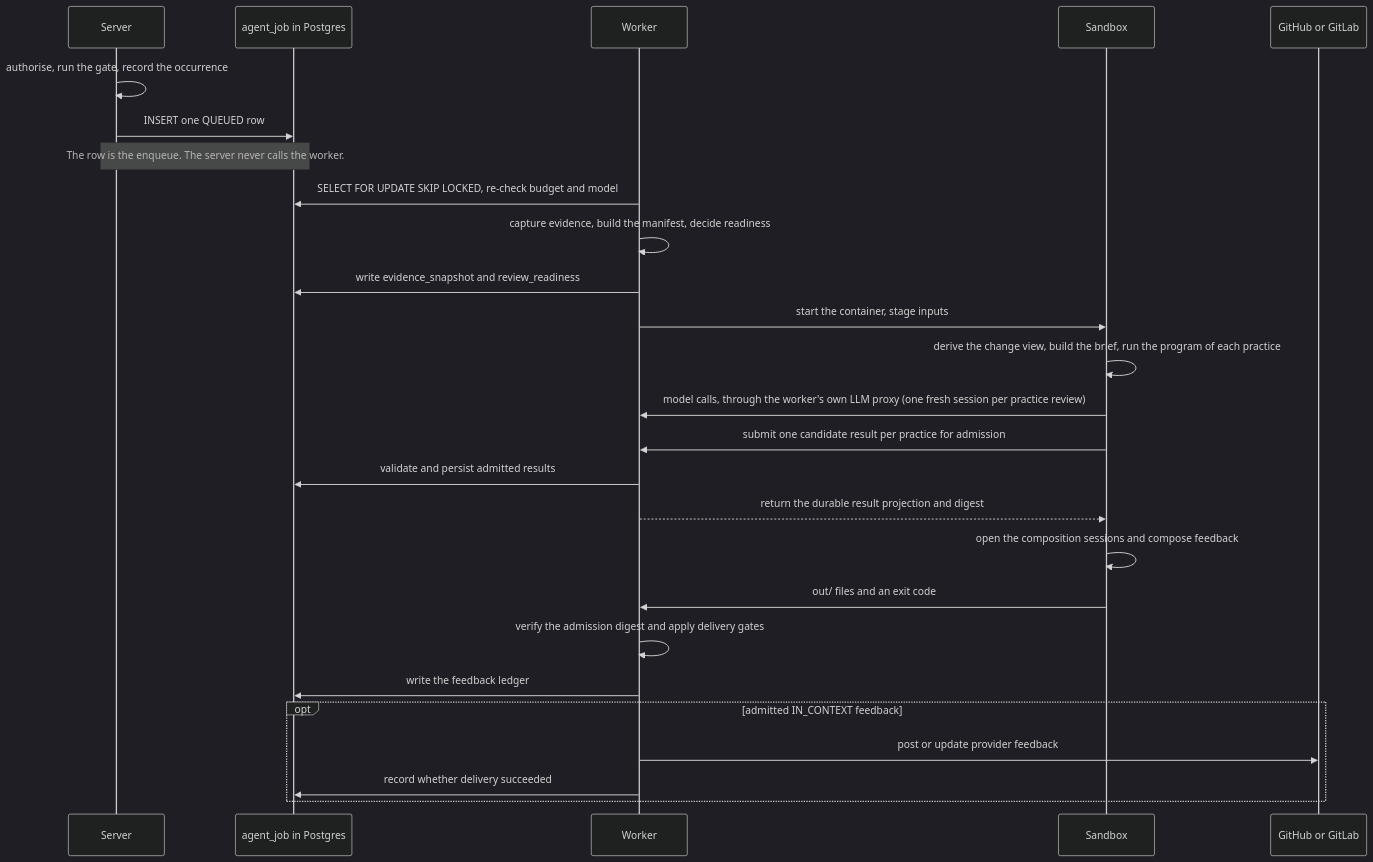
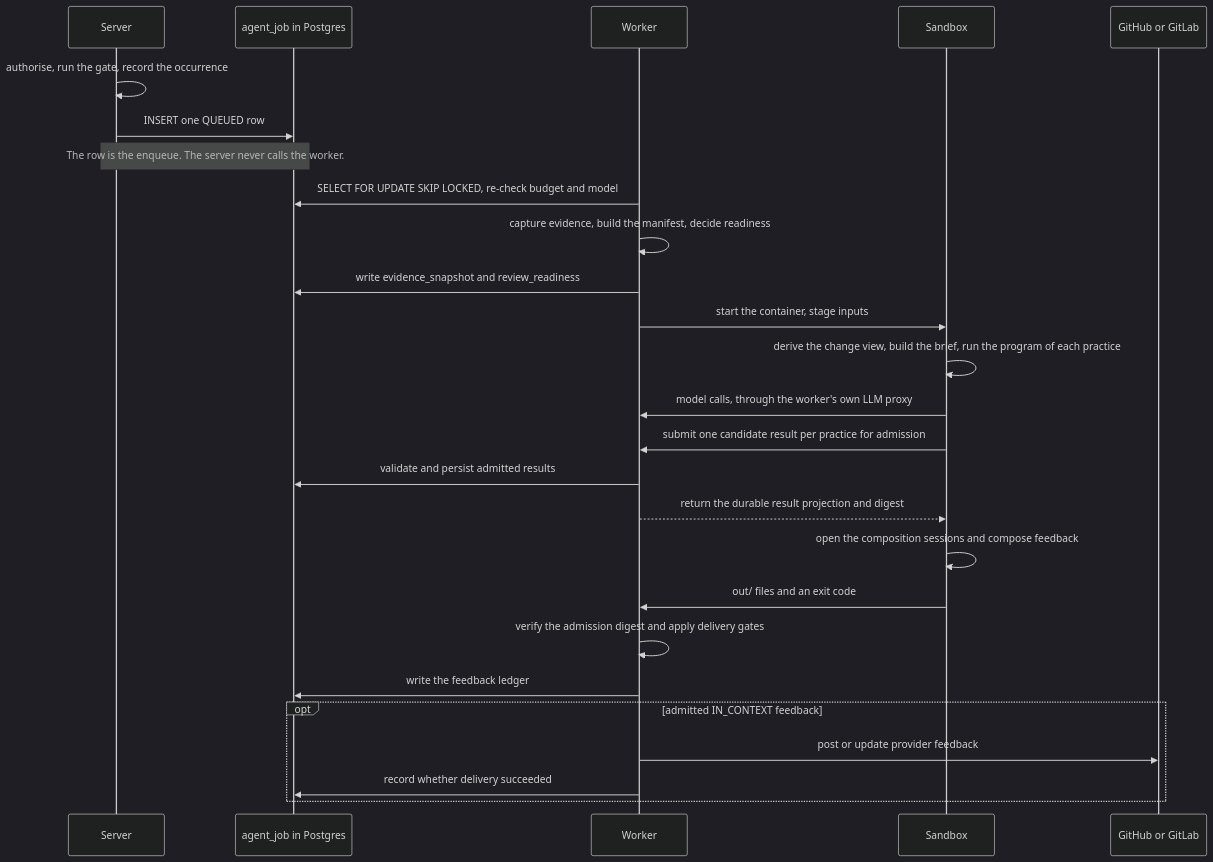
Before and after one commit to ls1intum/Hephaestus: the diagram in docs/contributor/practice-review-runtime.mdx, drawn with Mermaid (dark theme). The commit also changed other lines of this file and 17 other files, not shown here.

````diff
--- a/docs/contributor/practice-review-runtime.mdx
+++ b/docs/contributor/practice-review-runtime.mdx
@@ -15,30 +15,30 @@
 ```mermaid
 sequenceDiagram
     accTitle: Practice review execution across server, worker, sandbox, and provider
-    accDescr: The server queues a job, the worker captures evidence, Java admits sandbox observations, the same model session composes feedback, and eligible public feedback reaches the provider.
+    accDescr: The server queues a job, the worker captures evidence, Java admits results, separate sessions compose feedback, and eligible public feedback reaches the provider.
     participant S as Server
     participant DB as agent_job in Postgres
     participant W as Worker
     participant SB as Sandbox
     participant SCM as GitHub or GitLab
     S->>S: authorise, run the gate, record the occurrence
     S->>DB: INSERT one QUEUED row
     Note over S,DB: The row is the enqueue. The server never calls the worker.
     W->>DB: SELECT FOR UPDATE SKIP LOCKED, re-check budget and model
     W->>W: capture evidence, build the manifest, decide readiness
     W->>DB: write evidence_snapshot and review_readiness
     W->>SB: start the container, stage inputs
     SB->>SB: derive the change view, build the brief, run the program of each practice
-    SB->>W: model calls, through the worker's own LLM proxy (one fresh session per practice review)
+    SB->>W: model calls, through the worker's own LLM proxy
     SB->>W: submit one candidate result per practice for admission
     W->>DB: validate and persist admitted results
     W-->>SB: return the durable result projection and digest
     SB->>SB: open the composition sessions and compose feedback
     SB->>W: out/ files and an exit code
     W->>W: verify the admission digest and apply delivery gates
     W->>DB: write the feedback ledger
     opt admitted IN_CONTEXT feedback
         W->>SCM: post or update provider feedback
         W->>DB: record whether delivery succeeded
     end
 ```
````
